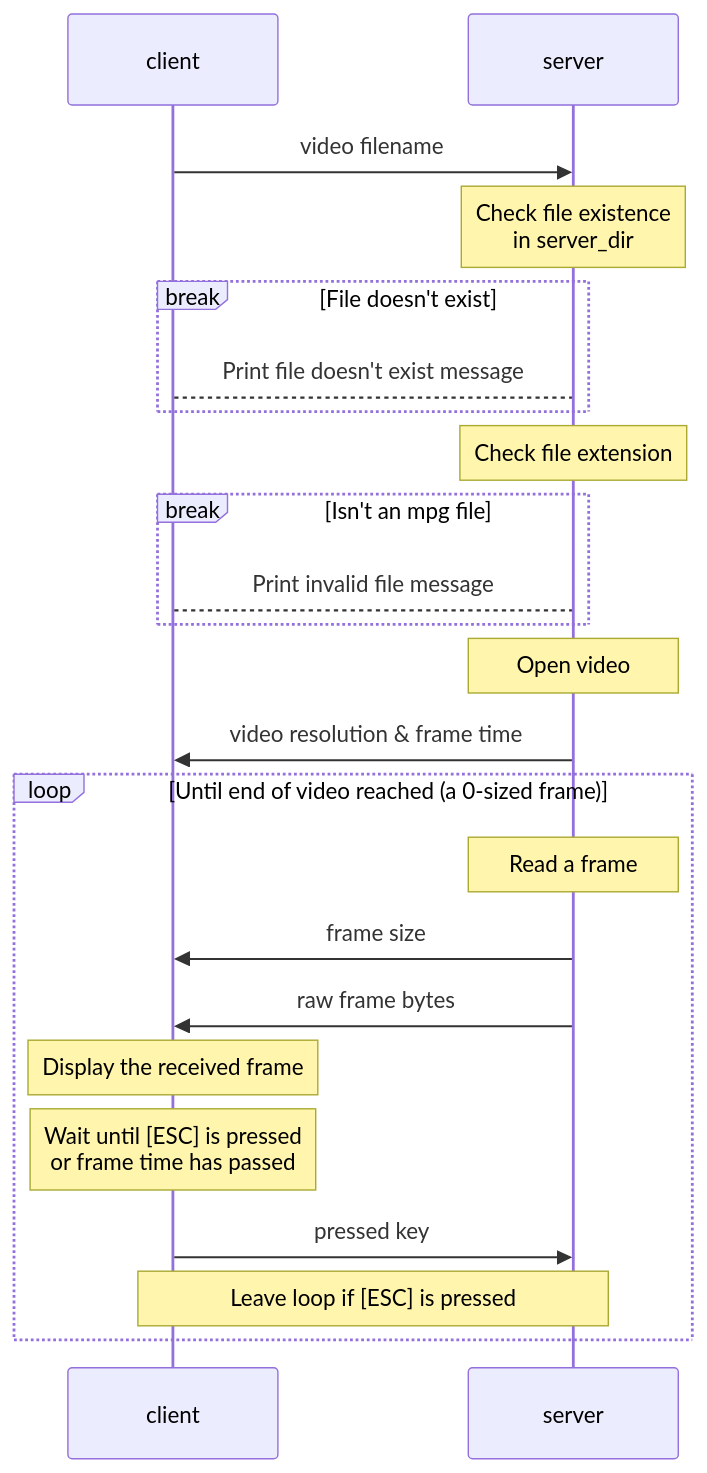
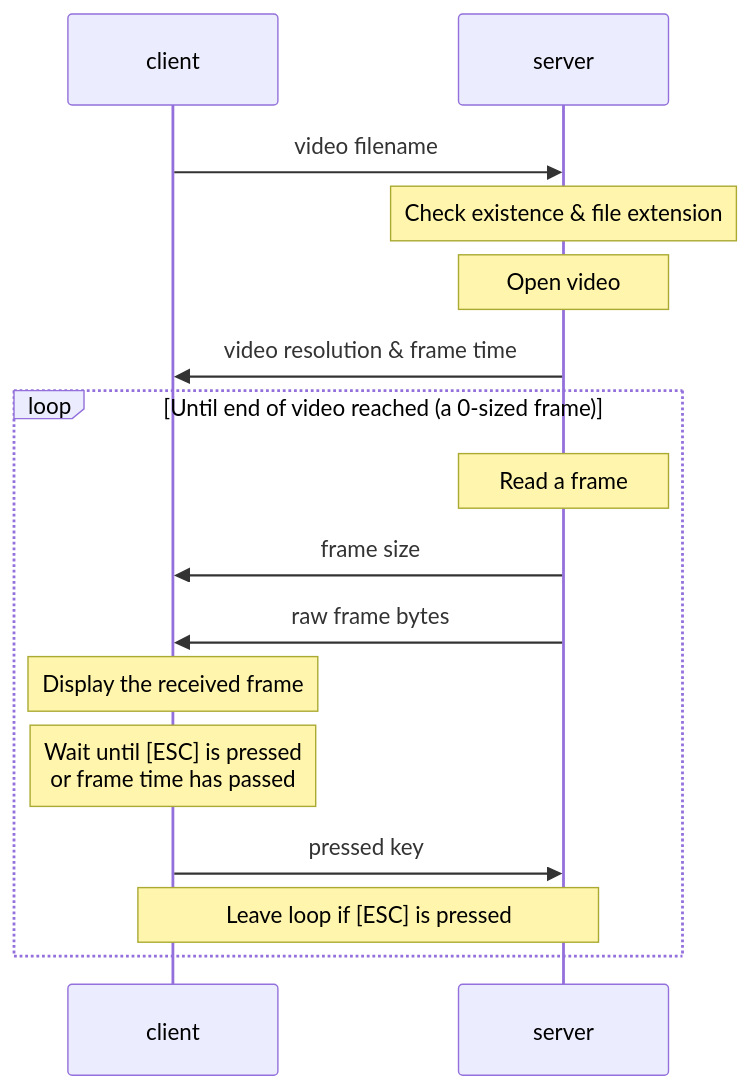
The fourth of 6 diagrams in hw2/report/report.md (GWFrank/CN-2022), drawn with Mermaid before and after one commit. The commit also changed other lines of this file and 2 other files, not shown here.

````diff
--- a/hw2/report/report.md
+++ b/hw2/report/report.md
@@ -75,25 +69,18 @@
 ```mermaid
 sequenceDiagram
     participant c as client
     participant s as server
     c->>s: video filename
-    note over s: Check file existence<br/>in server_dir
-    break File doesn't exist
-        c --> s: Print file doesn't exist message
-    end
-    note over s: Check file extension
-    break Isn't an mpg file
-        c --> s: Print invalid file message
-    end
+    note over s: Check existence & file extension
     note over s: Open video
     s->>c: video resolution & frame time
     loop Until end of video reached (a 0-sized frame)
         note over s: Read a frame
         s->>c: frame size
         s->>c: raw frame bytes
         note over c: Display the received frame
         note over c: Wait until [ESC] is pressed <br/> or frame time has passed
         c->>s: pressed key
         note over c,s: Leave loop if [ESC] is pressed
     end
 ```
````
